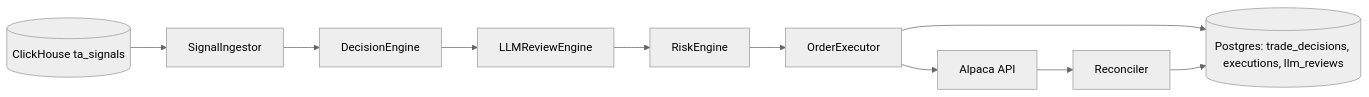
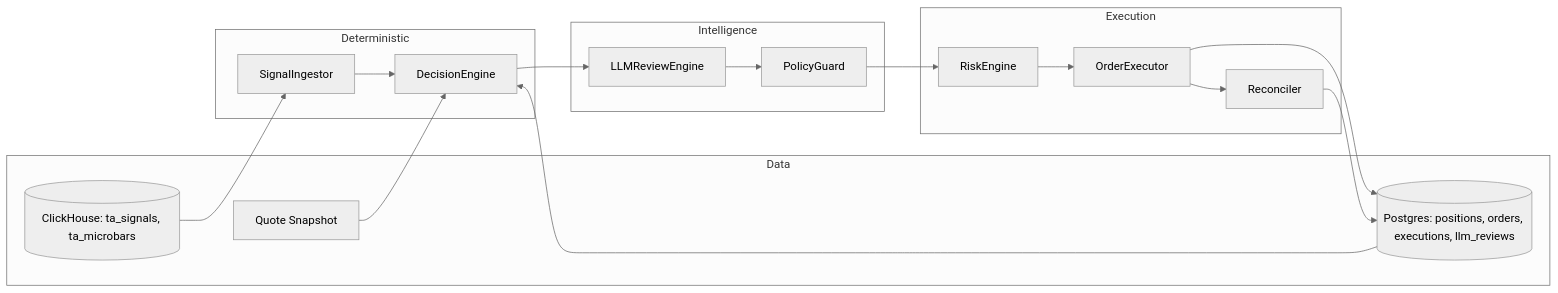
One commit to proompteng/lab changed the first of 2 diagrams in docs/torghut/llm-intelligence-layer.md. Above: the diagram before and after it, drawn with Mermaid (neutral theme). The commit also changed other lines of this file, not shown here.

Commit message:
docs(torghut): expand llm intelligence design

````diff
--- a/docs/torghut/llm-intelligence-layer.md
+++ b/docs/torghut/llm-intelligence-layer.md
@@ -25,12 +35,30 @@
 ```mermaid
 flowchart LR
-  CH[(ClickHouse ta_signals)] --> ING[SignalIngestor]
-  ING --> DEC[DecisionEngine]
-  DEC --> LLM[LLMReviewEngine]
-  LLM --> RISK[RiskEngine]
-  RISK --> EXEC[OrderExecutor]
-  EXEC --> ALPACA[Alpaca API]
-  EXEC --> DB[(Postgres: trade_decisions, executions, llm_reviews)]
-  ALPACA --> REC[Reconciler]
-  REC --> DB
+  subgraph Data
+    CH[(ClickHouse: ta_signals, ta_microbars)]
+    PG[(Postgres: positions, orders, executions, llm_reviews)]
+    QUOTES[Quote Snapshot]
+  end
+
+  subgraph Deterministic
+    ING[SignalIngestor]
+    DEC[DecisionEngine]
+  end
+
+  subgraph Intelligence
+    LLM[LLMReviewEngine]
+    POL[PolicyGuard]
+  end
+
+  subgraph Execution
+    RISK[RiskEngine]
+    EXEC[OrderExecutor]
+    REC[Reconciler]
+  end
+
+  CH --> ING --> DEC --> LLM --> POL --> RISK --> EXEC --> REC
+  PG --> DEC
+  QUOTES --> DEC
+  EXEC --> PG
+  REC --> PG
 ```
````
